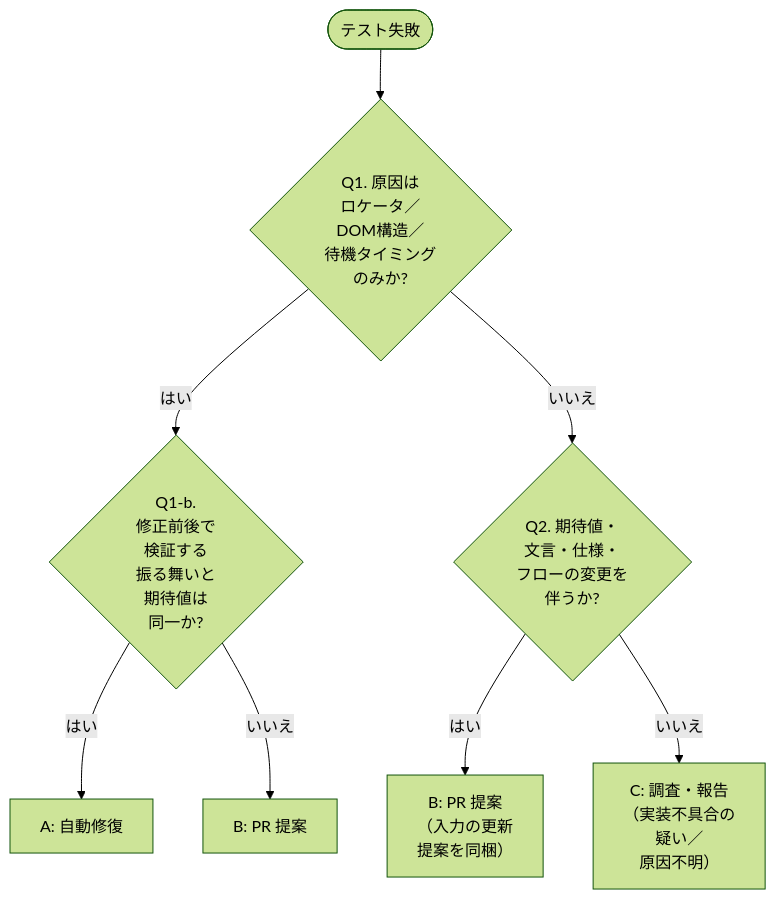
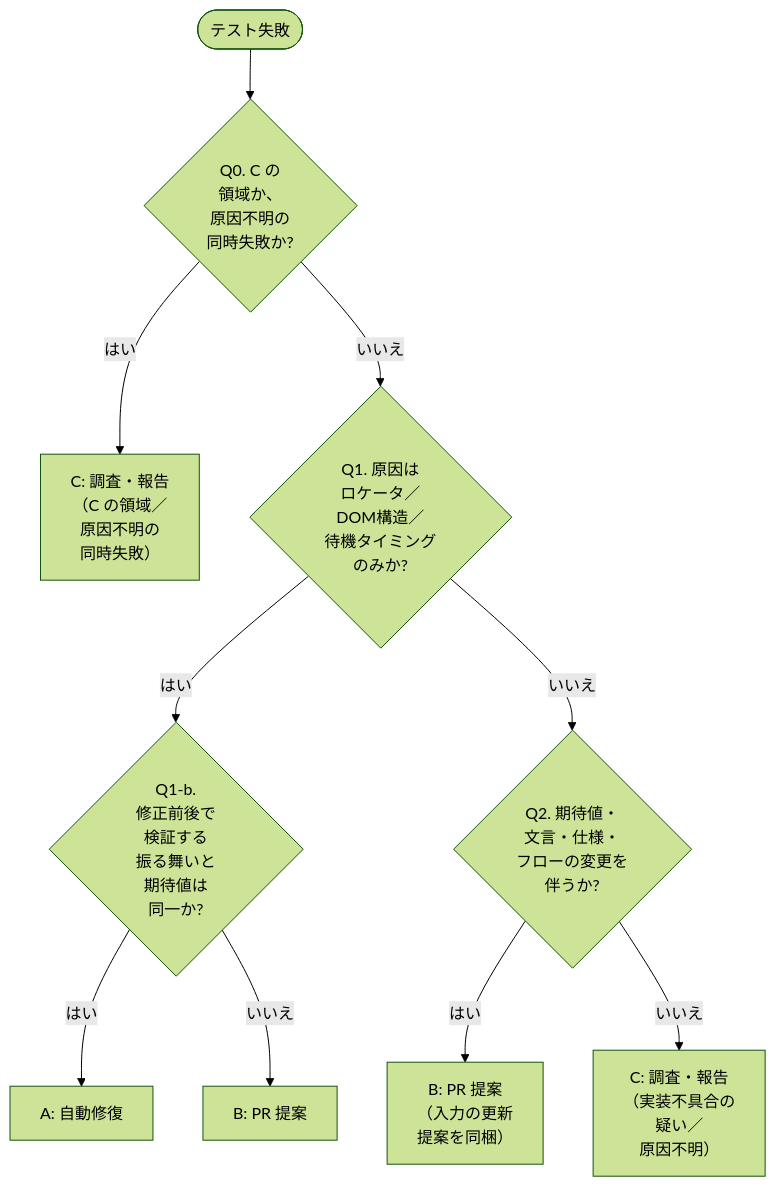
The second of 3 diagrams in docs/testing/04-regression-governance.md (toshio-shiratori/harness-test-strategy), drawn with Mermaid (forest theme) before and after one commit. The commit also changed other lines of this file, not shown here.

````diff
--- a/docs/testing/04-regression-governance.md
+++ b/docs/testing/04-regression-governance.md
@@ -146,10 +150,12 @@
 ```mermaid
 flowchart TB
-  S(["テスト失敗"]) --> Q1{"Q1. 原因は<br/>ロケータ／<br/>DOM構造／<br/>待機タイミング<br/>のみか?"}
+  S(["テスト失敗"]) --> Q0{"Q0. C の<br/>領域か、<br/>原因不明の<br/>同時失敗か?"}
+  Q0 -- "はい" --> C0["C: 調査・報告<br/>（C の領域／<br/>原因不明の<br/>同時失敗）"]
+  Q0 -- "いいえ" --> Q1{"Q1. 原因は<br/>ロケータ／<br/>DOM構造／<br/>待機タイミング<br/>のみか?"}
   Q1 -- "はい" --> Q1b{"Q1-b.<br/>修正前後で<br/>検証する<br/>振る舞いと<br/>期待値は<br/>同一か?"}
   Q1b -- "はい" --> A["A: 自動修復"]
   Q1b -- "いいえ" --> B["B: PR 提案"]
   Q1 -- "いいえ" --> Q2{"Q2. 期待値・<br/>文言・仕様・<br/>フローの変更を<br/>伴うか?"}
   Q2 -- "はい" --> B2["B: PR 提案<br/>（入力の更新<br/>提案を同梱）"]
   Q2 -- "いいえ" --> C["C: 調査・報告<br/>（実装不具合の<br/>疑い／<br/>原因不明）"]
 ```
````
